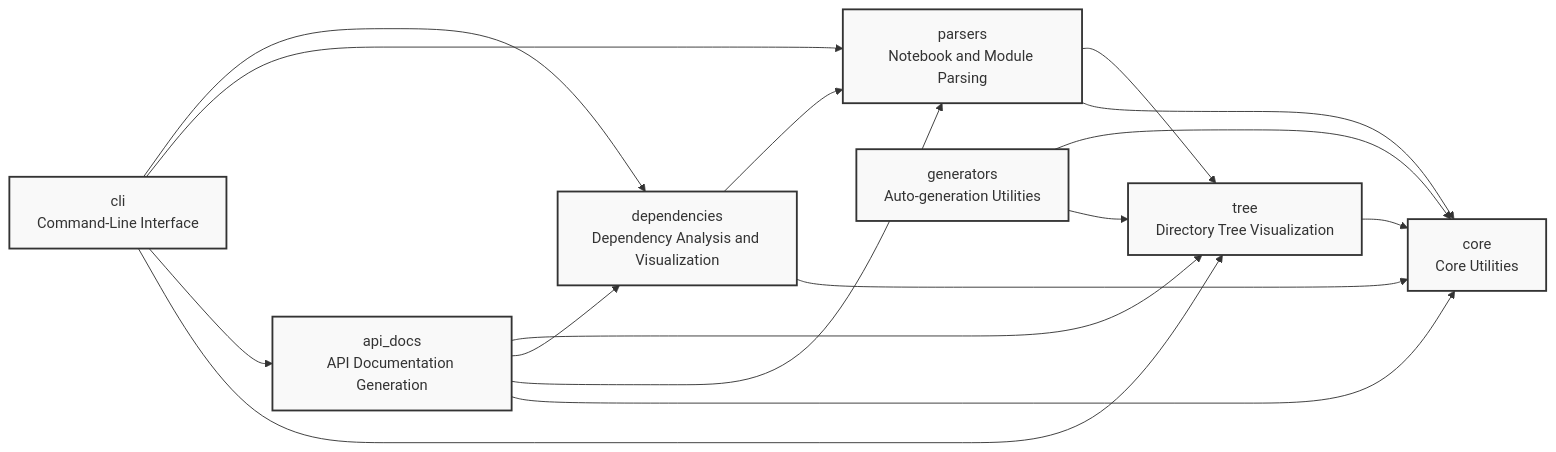
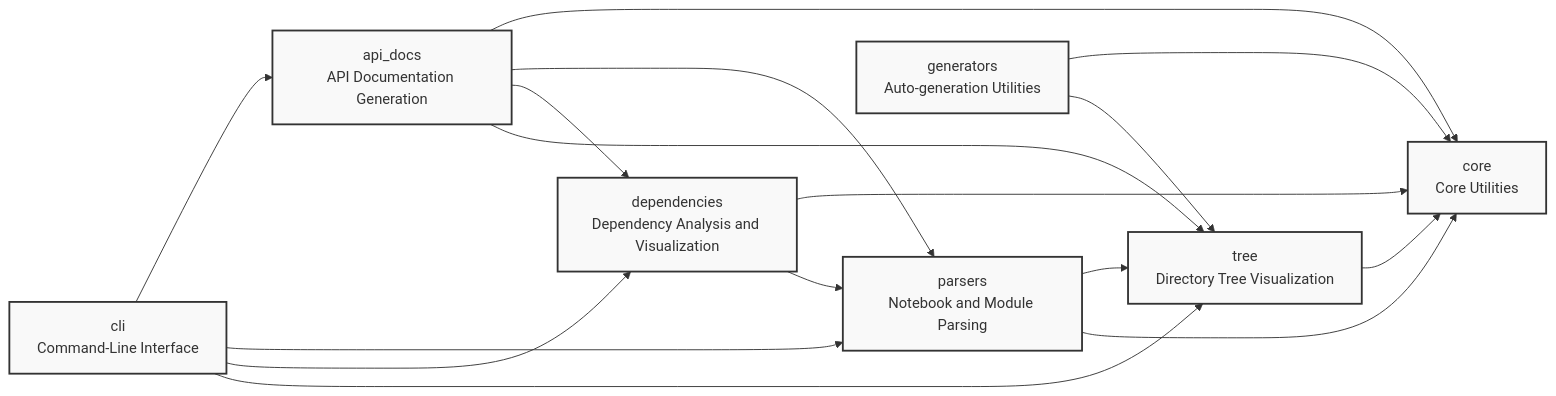
The diagram in README.md (cj-mills/cjm-nbdev-overview), drawn with Mermaid before and after one commit. The commit also changed other lines of this file and 7 other files, not shown here.

Commit message:
Update Mermaid.js dependency diagram generation.

````diff
--- a/README.md
+++ b/README.md
@@ -44,28 +44,28 @@
 ``` mermaid
 graph LR
     core[core<br/>Core Utilities]
     parsers[parsers<br/>Notebook and Module Parsing]
     tree[tree<br/>Directory Tree Visualization]
     api_docs[api_docs<br/>API Documentation Generation]
     dependencies[dependencies<br/>Dependency Analysis and Visualization]
     generators[generators<br/>Auto-generation Utilities]
     cli[cli<br/>Command-Line Interface]
 
+    parsers --> tree
     parsers --> core
-    parsers --> tree
     tree --> core
     api_docs --> core
     api_docs --> parsers
     api_docs --> dependencies
     api_docs --> tree
     dependencies --> core
     dependencies --> parsers
+    generators --> core
     generators --> tree
-    generators --> core
-    cli --> tree
     cli --> api_docs
     cli --> parsers
     cli --> dependencies
+    cli --> tree
 
     classDef default fill:#f9f9f9,stroke:#333,stroke-width:2px
 ```
````
